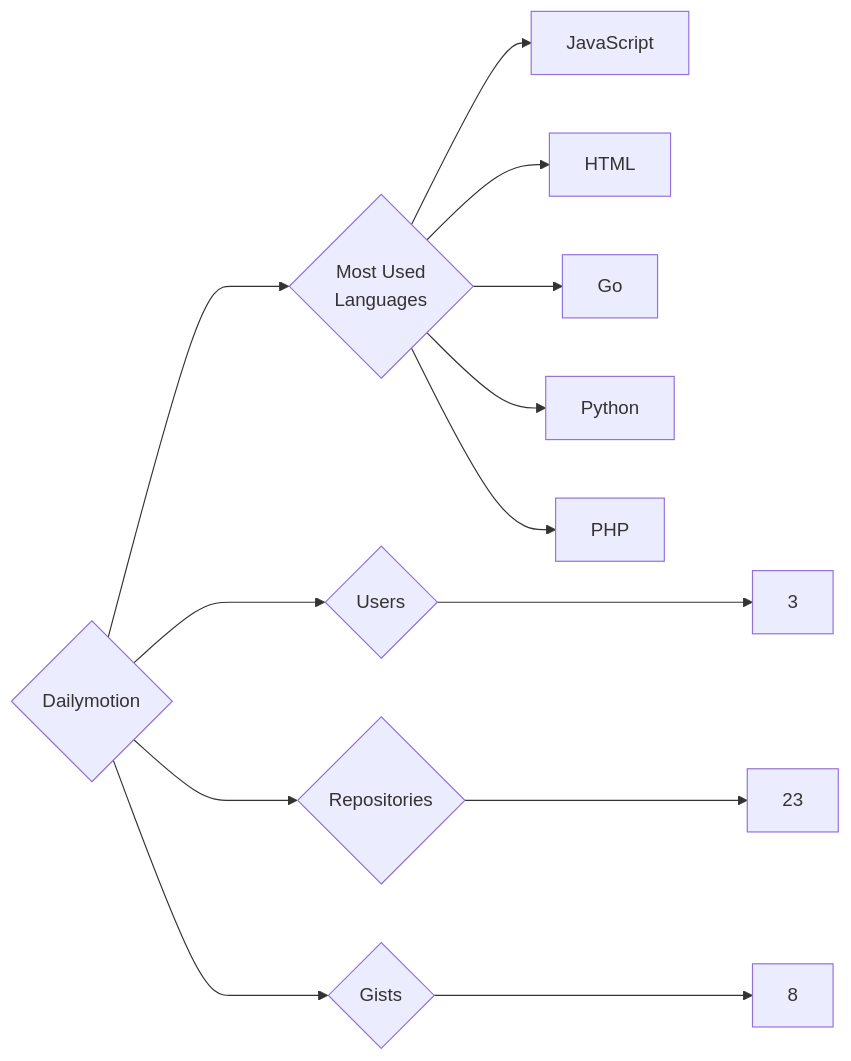
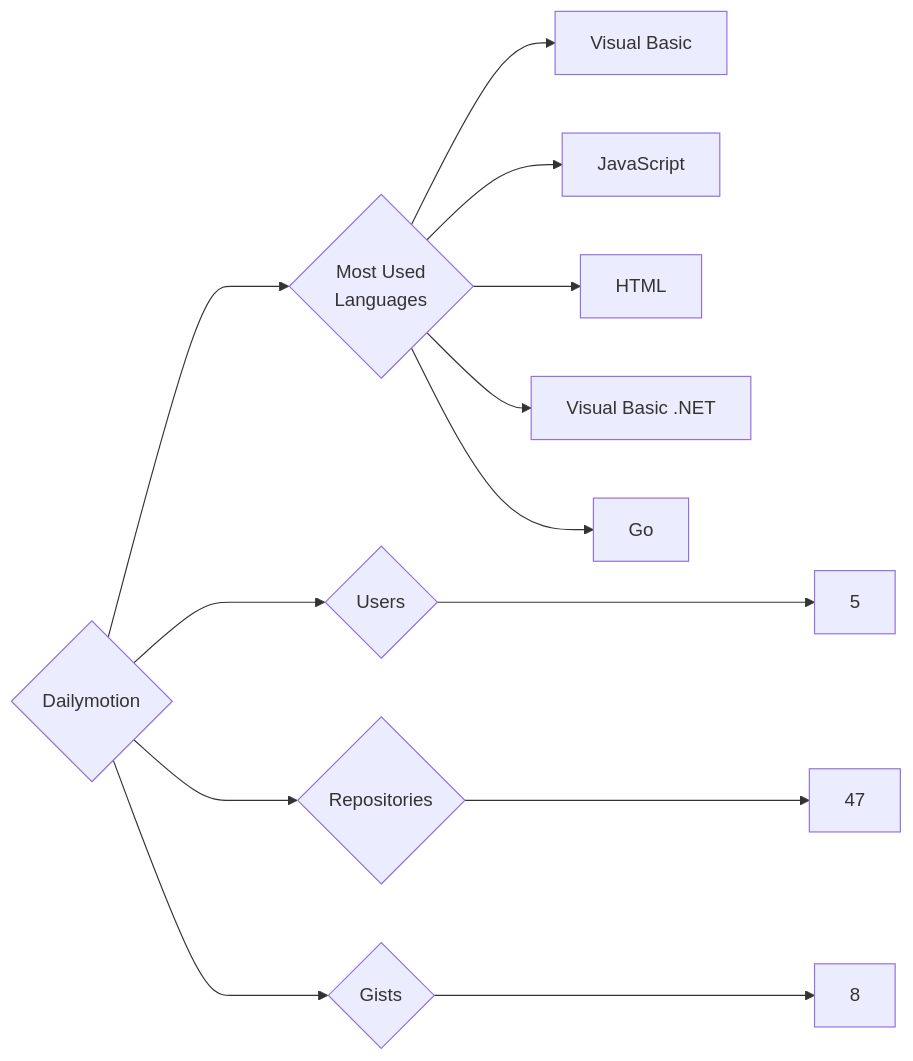
The diagram in targets/Dailymotion/README.md (trickest/insiders), drawn with Mermaid before and after one commit. The commit also changed 693 other files, not shown here.

````diff
--- a/targets/Dailymotion/README.md
+++ b/targets/Dailymotion/README.md
@@ -3,13 +3,13 @@
 ```mermaid
 graph LR
 COMPANY_NAME{Dailymotion}
-COMPANY_NAME ---> U{Users} ---> UN[3]
-COMPANY_NAME ---> R{Repositories} ---> RN[23]
+COMPANY_NAME ---> U{Users} ---> UN[5]
+COMPANY_NAME ---> R{Repositories} ---> RN[47]
 COMPANY_NAME ---> G{Gists} ---> GN[8]
 COMPANY_NAME ---> ML{Most Used<br>Languages}
+ML --> Visual_Basic[Visual Basic]
 ML --> JavaScript[JavaScript]
 ML --> HTML[HTML]
+ML --> Visual_Basic_.NET[Visual Basic .NET]
 ML --> Go[Go]
-ML --> Python[Python]
-ML --> PHP[PHP]
 ```
````
